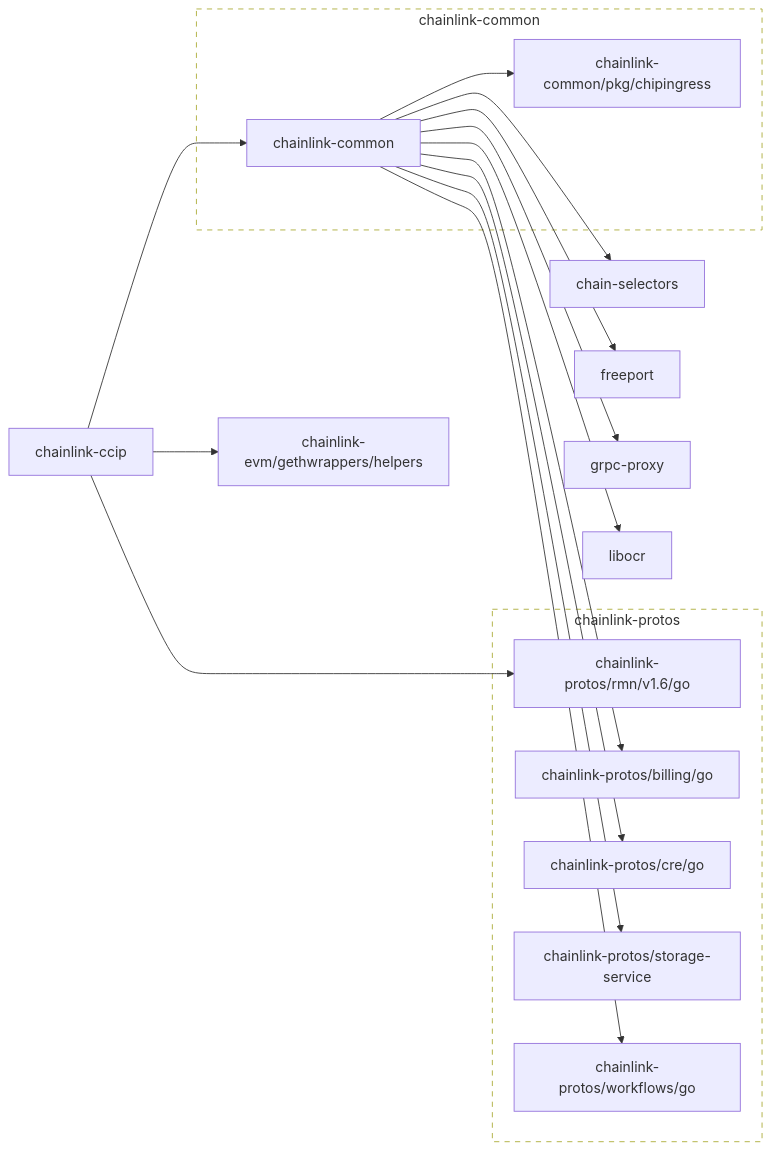
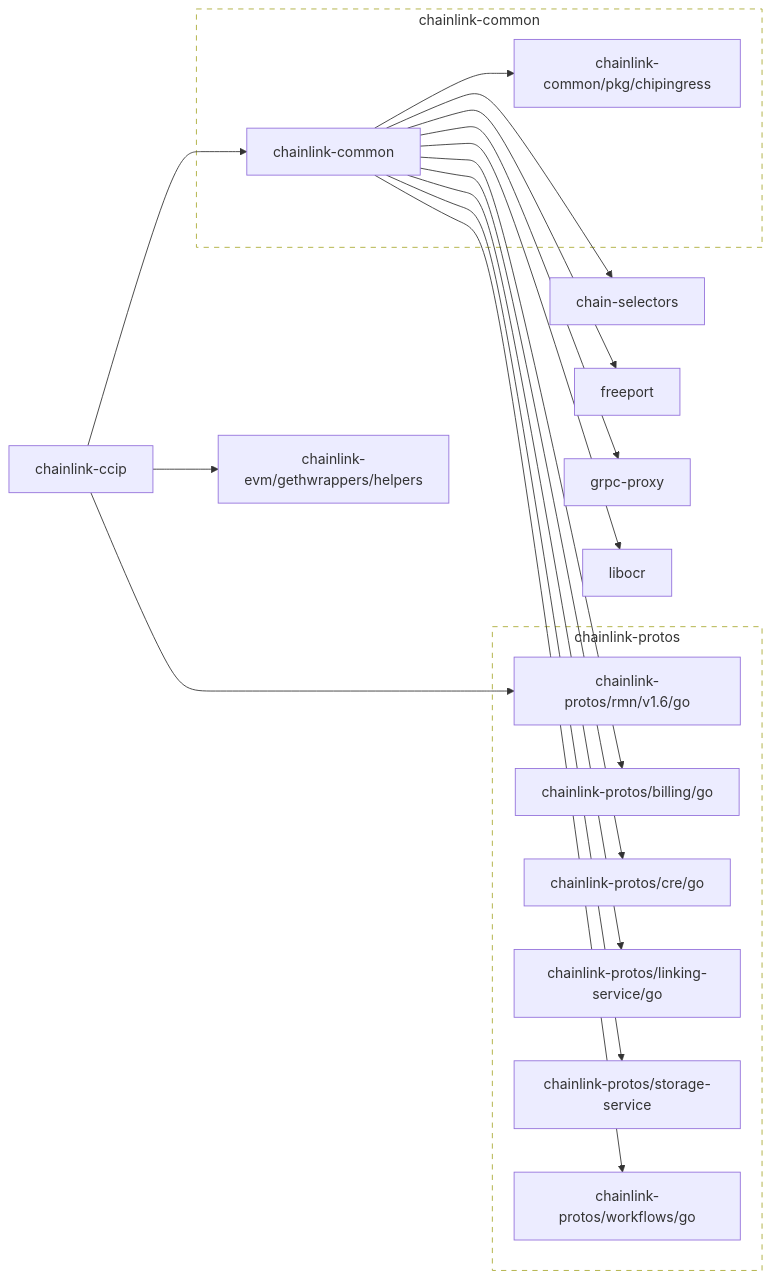
One commit to smartcontractkit/chainlink-ccip changed the first of 2 diagrams in go.md. Above: the diagram before and after it, drawn with Mermaid.

````diff
--- a/go.md
+++ b/go.md
@@ -3,58 +3,62 @@
 ```mermaid
 flowchart LR
 
 	chain-selectors
 	click chain-selectors href "https://github.com/smartcontractkit/chain-selectors"
 	chainlink-ccip --> chainlink-common
 	chainlink-ccip --> chainlink-evm/gethwrappers/helpers
 	chainlink-ccip --> chainlink-protos/rmn/v1.6/go
 	click chainlink-ccip href "https://github.com/smartcontractkit/chainlink-ccip"
 	chainlink-common --> chain-selectors
 	chainlink-common --> chainlink-common/pkg/chipingress
 	chainlink-common --> chainlink-protos/billing/go
 	chainlink-common --> chainlink-protos/cre/go
+	chainlink-common --> chainlink-protos/linking-service/go
 	chainlink-common --> chainlink-protos/storage-service
 	chainlink-common --> chainlink-protos/workflows/go
 	chainlink-common --> freeport
 	chainlink-common --> grpc-proxy
 	chainlink-common --> libocr
 	click chainlink-common href "https://github.com/smartcontractkit/chainlink-common"
 	chainlink-common/pkg/chipingress
 	click chainlink-common/pkg/chipingress href "https://github.com/smartcontractkit/chainlink-common"
 	chainlink-evm/gethwrappers/helpers
 	click chainlink-evm/gethwrappers/helpers href "https://github.com/smartcontractkit/chainlink-evm"
 	chainlink-protos/billing/go
 	click chainlink-protos/billing/go href "https://github.com/smartcontractkit/chainlink-protos"
 	chainlink-protos/cre/go
 	click chainlink-protos/cre/go href "https://github.com/smartcontractkit/chainlink-protos"
+	chainlink-protos/linking-service/go
+	click chainlink-protos/linking-service/go href "https://github.com/smartcontractkit/chainlink-protos"
 	chainlink-protos/rmn/v1.6/go
 	click chainlink-protos/rmn/v1.6/go href "https://github.com/smartcontractkit/chainlink-protos"
 	chainlink-protos/storage-service
 	click chainlink-protos/storage-service href "https://github.com/smartcontractkit/chainlink-protos"
 	chainlink-protos/workflows/go
 	click chainlink-protos/workflows/go href "https://github.com/smartcontractkit/chainlink-protos"
 	freeport
 	click freeport href "https://github.com/smartcontractkit/freeport"
 	grpc-proxy
 	click grpc-proxy href "https://github.com/smartcontractkit/grpc-proxy"
 	libocr
 	click libocr href "https://github.com/smartcontractkit/libocr"
 
 	subgraph chainlink-common-repo[chainlink-common]
 		 chainlink-common
 		 chainlink-common/pkg/chipingress
 	end
 	click chainlink-common-repo href "https://github.com/smartcontractkit/chainlink-common"
 
 	subgraph chainlink-protos-repo[chainlink-protos]
 		 chainlink-protos/billing/go
 		 chainlink-protos/cre/go
+		 chainlink-protos/linking-service/go
 		 chainlink-protos/rmn/v1.6/go
 		 chainlink-protos/storage-service
 		 chainlink-protos/workflows/go
 	end
 	click chainlink-protos-repo href "https://github.com/smartcontractkit/chainlink-protos"
 
 	classDef outline stroke-dasharray:6,fill:none;
 	class chainlink-common-repo,chainlink-protos-repo outline
 ```
````
